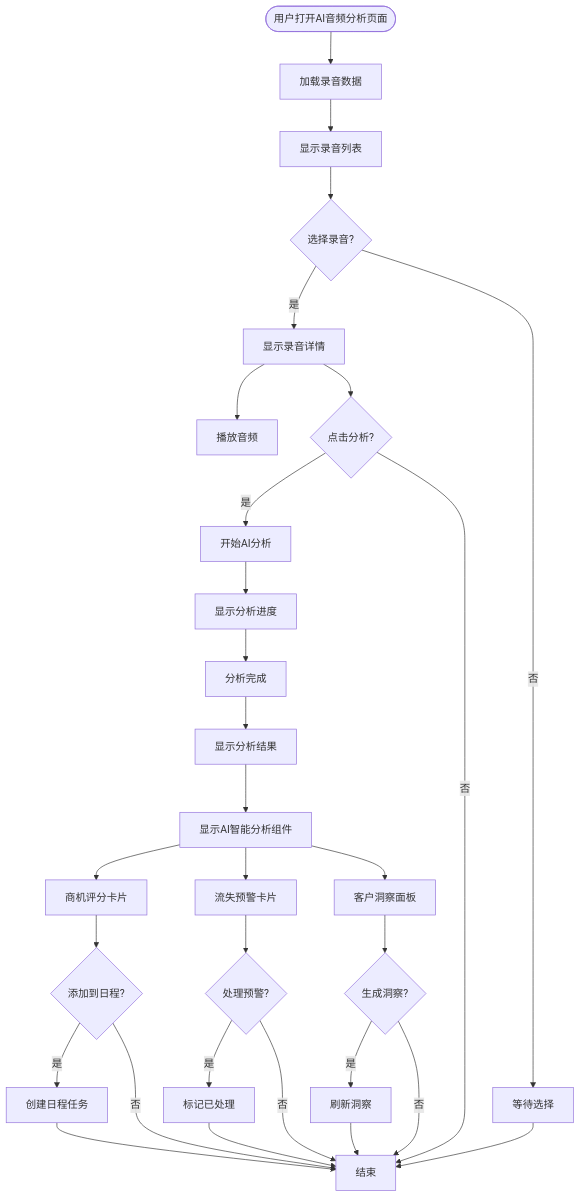
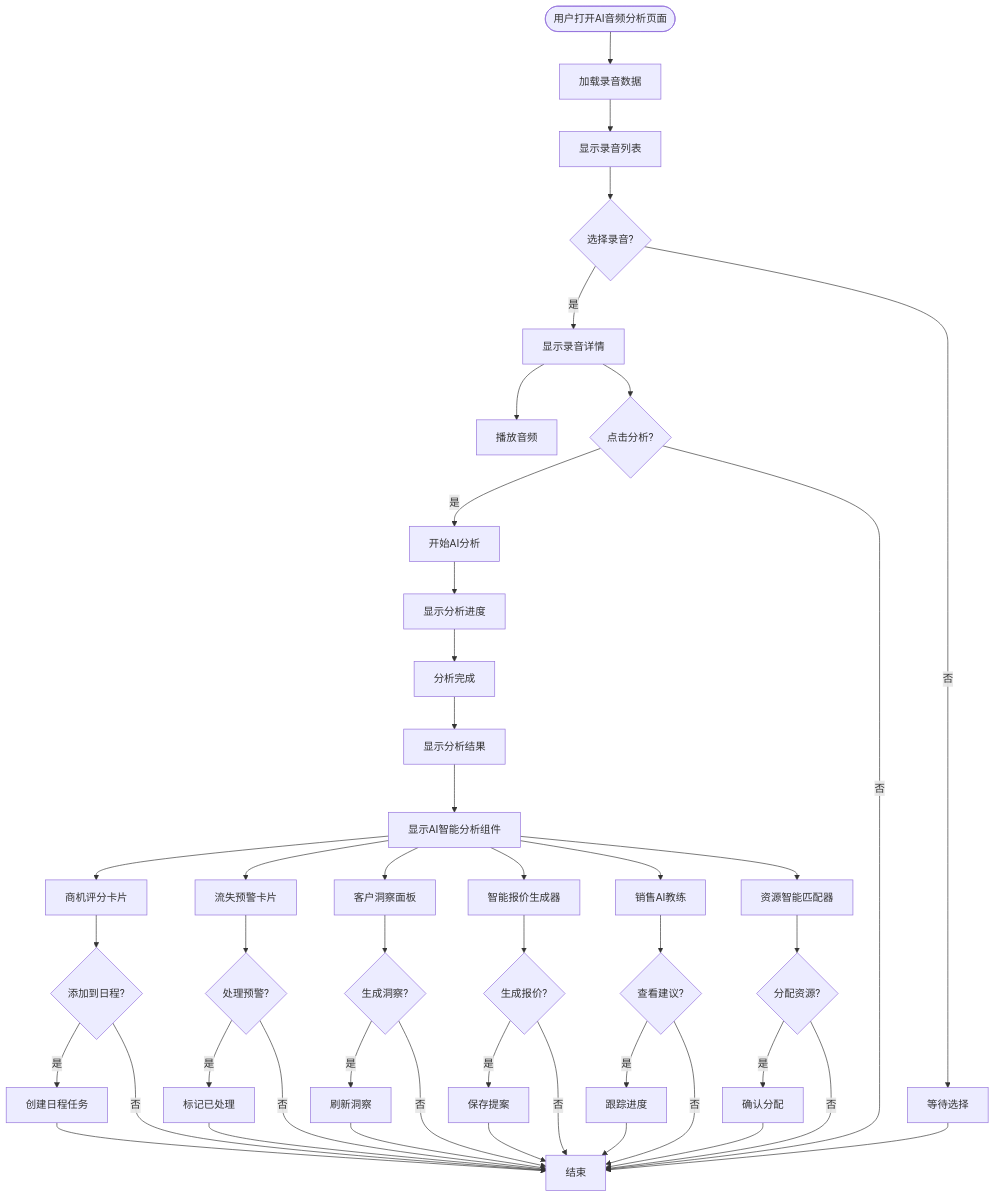
One commit to xianjianshenqu/SalesFlow-CRM changed the tenth of 11 diagrams in .qoder/repowiki/zh/content/Ai Audio Analysis.md. Above: the diagram before and after it, drawn with Mermaid. The commit also changed other lines of this file and 28 other files, not shown here.

````diff
--- a/.qoder/repowiki/zh/content/Ai Audio Analysis.md
+++ b/.qoder/repowiki/zh/content/Ai Audio Analysis.md
@@ -533,32 +661,47 @@
 ```mermaid
 flowchart TD
 Start([用户打开AI音频分析页面]) --> LoadData[加载录音数据]
 LoadData --> ShowList[显示录音列表]
 ShowList --> SelectRecording{选择录音?}
 SelectRecording --> |是| ShowDetails[显示录音详情]
 SelectRecording --> |否| Wait[等待选择]
 ShowDetails --> PlayAudio[播放音频]
 ShowDetails --> AnalyzeButton{点击分析?}
 AnalyzeButton --> |是| StartAnalysis[开始AI分析]
 AnalyzeButton --> |否| End[结束]
 StartAnalysis --> ShowProgress[显示分析进度]
 ShowProgress --> AnalysisComplete[分析完成]
 AnalysisComplete --> ShowResults[显示分析结果]
 ShowResults --> ShowAIComponents[显示AI智能分析组件]
 ShowAIComponents --> OpportunityScore[商机评分卡片]
 ShowAIComponents --> ChurnAlert[流失预警卡片]
 ShowAIComponents --> CustomerInsight[客户洞察面板]
+ShowAIComponents --> SmartQuotation[智能报价生成器]
+ShowAIComponents --> SalesCoach[销售AI教练]
+ShowAIComponents --> ResourceMatching[资源智能匹配器]
 OpportunityScore --> AddToSchedule{添加到日程?}
 ChurnAlert --> HandleAlert{处理预警?}
 CustomerInsight --> GenerateInsight{生成洞察?}
+SmartQuotation --> GenerateProposal{生成报价?}
+SalesCoach --> ViewSuggestions{查看建议?}
+ResourceMatching --> AssignResource{分配资源?}
 AddToSchedule --> |是| CreateTask[创建日程任务]
 AddToSchedule --> |否| End
 HandleAlert --> |是| MarkHandled[标记已处理]
 HandleAlert --> |否| End
 GenerateInsight --> |是| RefreshInsight[刷新洞察]
 GenerateInsight --> |否| End
+GenerateProposal --> |是| SaveProposal[保存提案]
+GenerateProposal --> |否| End
+ViewSuggestions --> |是| TrackProgress[跟踪进度]
+ViewSuggestions --> |否| End
+AssignResource --> |是| ConfirmAssignment[确认分配]
+AssignResource --> |否| End
 CreateTask --> End
 MarkHandled --> End
 RefreshInsight --> End
+SaveProposal --> End
+TrackProgress --> End
+ConfirmAssignment --> End
 Wait --> End
 ```
````
